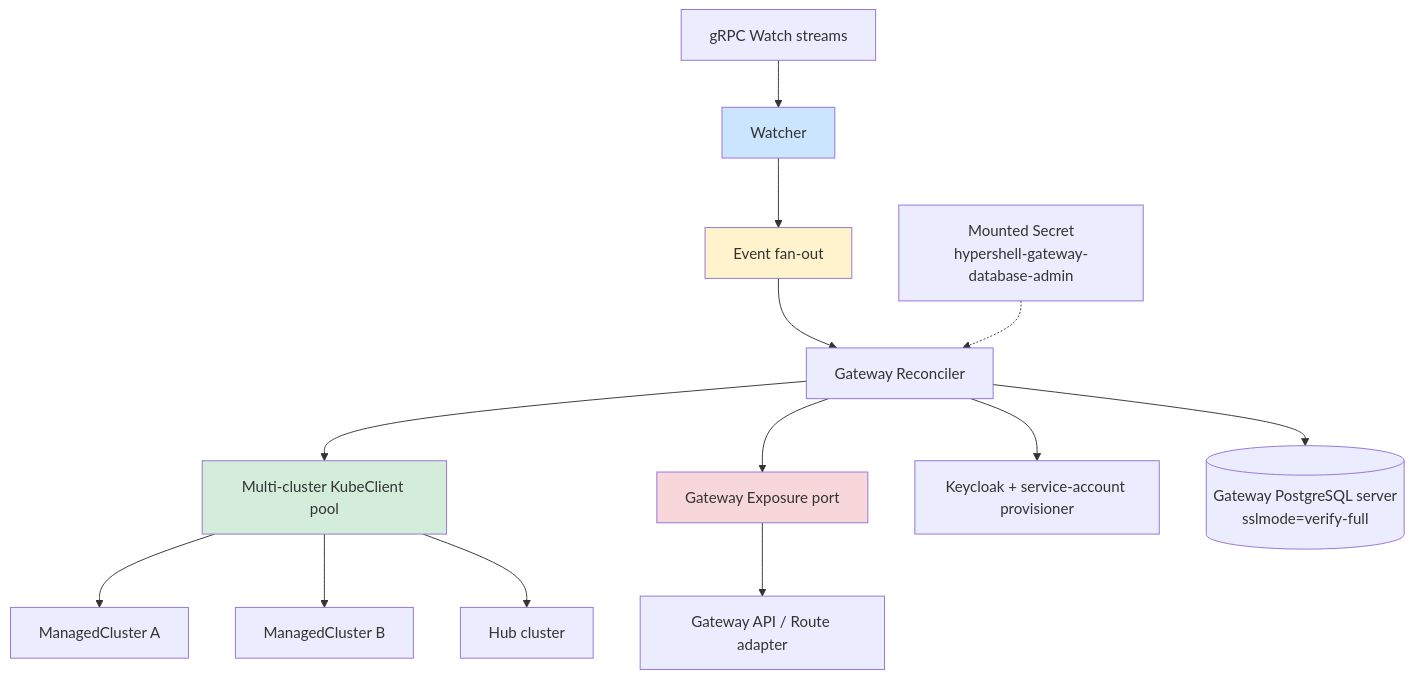
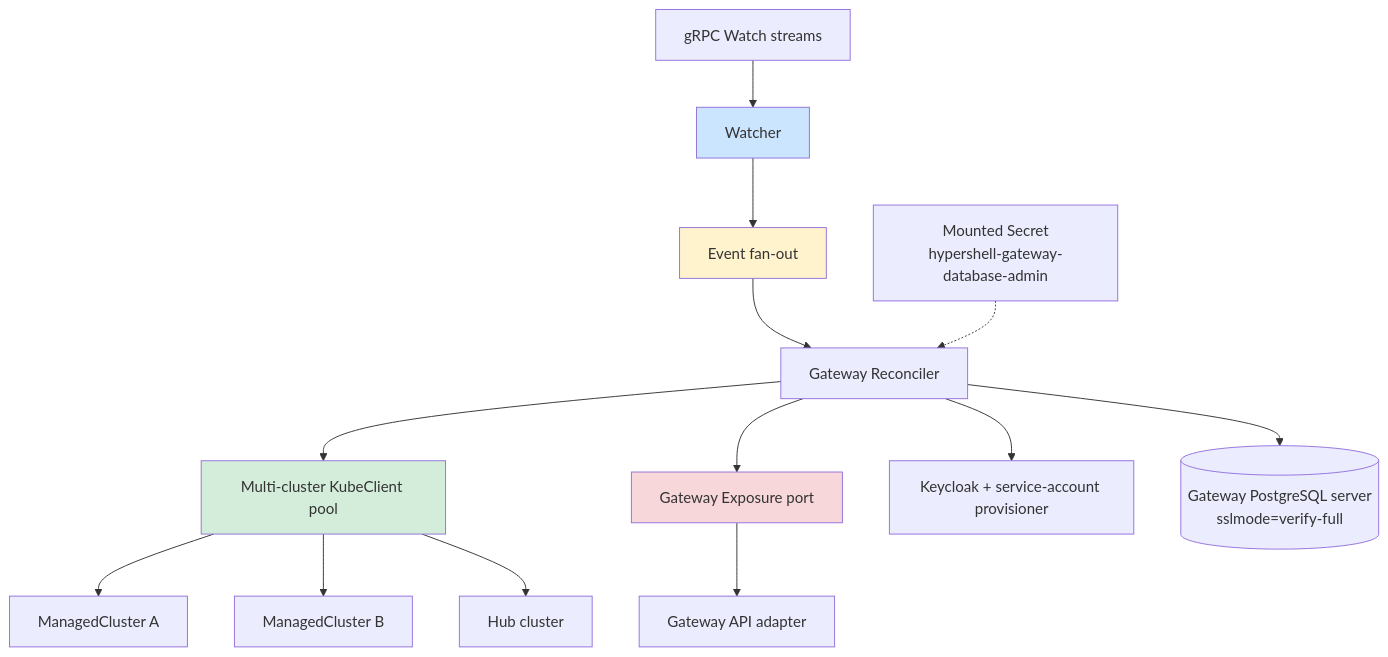
The second of 2 diagrams in docs/architecture/source/control-plane.md (openshift-online/hypershell), drawn with Mermaid before and after one commit. The commit also changed 43 other files, not shown here.

````diff
--- a/docs/architecture/source/control-plane.md
+++ b/docs/architecture/source/control-plane.md
@@ -35,19 +35,19 @@
 ```mermaid
 graph TB
   WS[ gRPC Watch streams ] --> W[Watcher]
   W --> F[Event fan-out]
   F --> GR[Gateway Reconciler]
   GR --> POOL[Multi-cluster KubeClient pool]
   POOL --> C1[ManagedCluster A]
   POOL --> C2[ManagedCluster B]
   POOL --> HUB[Hub cluster]
   GR --> EXP[Gateway Exposure port]
-  EXP --> API[Gateway API / Route adapter]
+  EXP --> API[Gateway API adapter]
   GR --> KC[Keycloak + service-account provisioner]
   ADM[Mounted Secret<br/>hypershell-gateway-database-admin] -.-> GR
   GR --> PG[(Gateway PostgreSQL server<br/>sslmode=verify-full)]
   style W fill:#cce5ff
   style F fill:#fff3cd
   style POOL fill:#d4edda
   style EXP fill:#f8d7da
 ```
````
